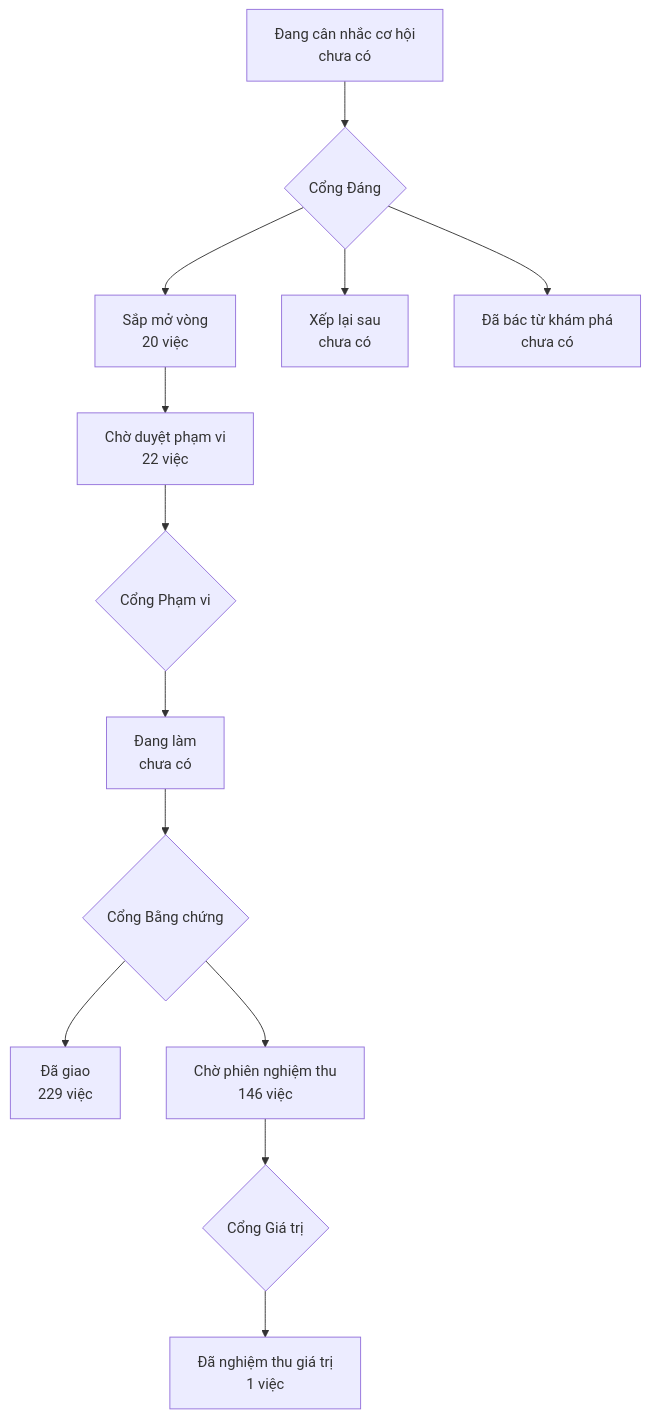
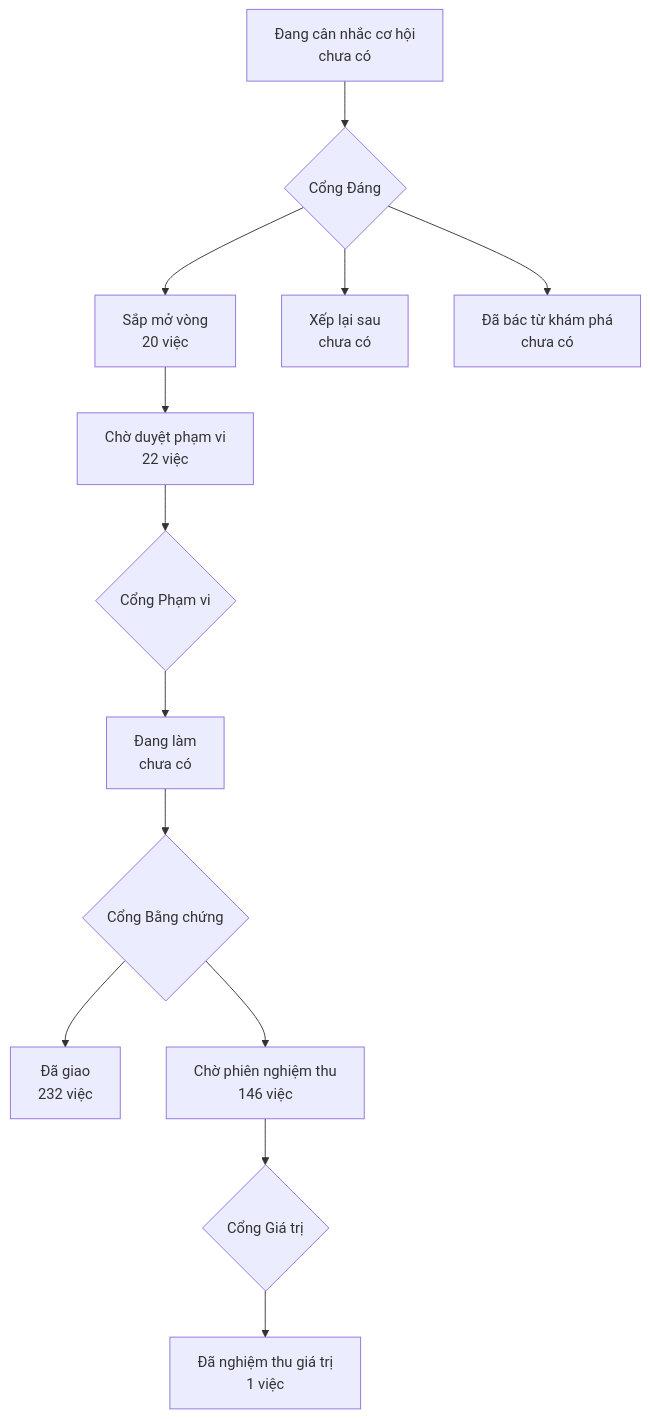
The diagram in PRODUCT-MAP.md (phanlemanh/onehub-invest), drawn with Mermaid before and after one commit. The commit also changed other lines of this file and 1 other file, not shown here.

````diff
--- a/PRODUCT-MAP.md
+++ b/PRODUCT-MAP.md
@@ -7,12 +7,12 @@
 ```mermaid
 flowchart TD
   A["Đang cân nhắc cơ hội<br/>chưa có"] --> GD{"Cổng Đáng"}
   GD --> B["Sắp mở vòng<br/>20 việc"]
   GD --> XL["Xếp lại sau<br/>chưa có"]
   GD --> DB["Đã bác từ khám phá<br/>chưa có"]
   B --> CD["Chờ duyệt phạm vi<br/>22 việc"] --> GP{"Cổng Phạm vi"}
   GP --> DL["Đang làm<br/>chưa có"] --> GB{"Cổng Bằng chứng"}
-  GB --> DG["Đã giao<br/>229 việc"]
+  GB --> DG["Đã giao<br/>232 việc"]
   GB --> CN["Chờ phiên nghiệm thu<br/>146 việc"] --> GG{"Cổng Giá trị"}
   GG --> NT["Đã nghiệm thu giá trị<br/>1 việc"]
 ```
````
